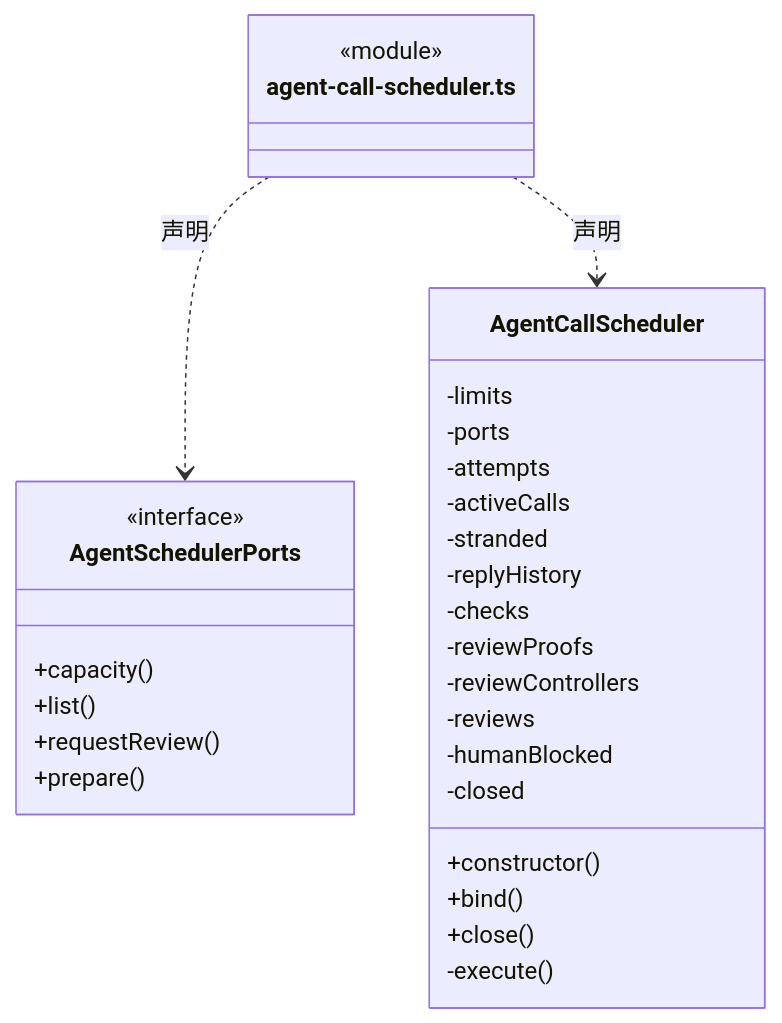
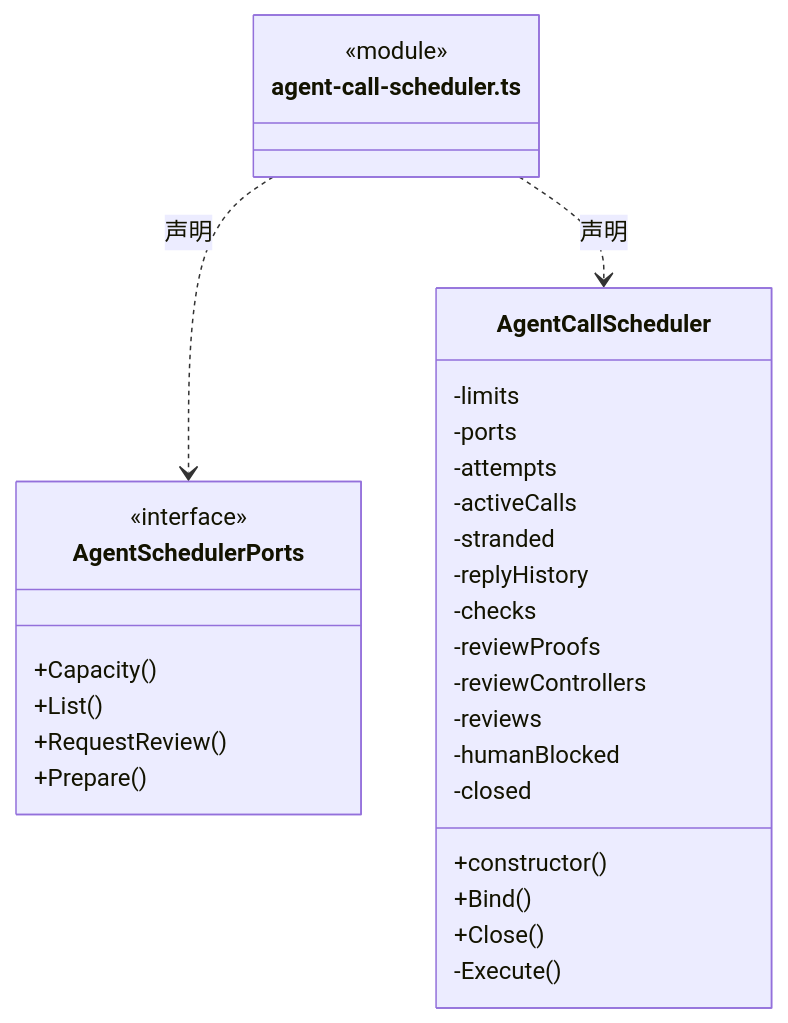
Before and after one commit to nan023062/cbim: the first of 9 diagrams in src/logic/execution/assembly/ARCHITECTURE.md, drawn with Mermaid. The commit also changed other lines of this file and 1035 other files, not shown here.

````diff
--- a/src/logic/execution/assembly/ARCHITECTURE.md
+++ b/src/logic/execution/assembly/ARCHITECTURE.md
@@ -29,33 +29,33 @@
 ```mermaid
 classDiagram
 class N_src_logic_execution_assembly_agent_call_scheduler_ts["agent-call-scheduler.ts"] {
   <<module>>
 }
 class N_src_logic_execution_assembly_agent_call_scheduler_ts_AgentSchedulerPorts["AgentSchedulerPorts"] {
   <<interface>>
-  +capacity()
-  +list()
-  +requestReview()
-  +prepare()
+  +Capacity()
+  +List()
+  +RequestReview()
+  +Prepare()
 }
 N_src_logic_execution_assembly_agent_call_scheduler_ts ..> N_src_logic_execution_assembly_agent_call_scheduler_ts_AgentSchedulerPorts : 声明
 class N_src_logic_execution_assembly_agent_call_scheduler_ts_AgentCallScheduler["AgentCallScheduler"] {
   +constructor()
-  +bind()
-  +close()
+  +Bind()
+  +Close()
   -limits
   -ports
   -attempts
   -activeCalls
   -stranded
   -replyHistory
   -checks
   -reviewProofs
   -reviewControllers
   -reviews
   -humanBlocked
   -closed
-  -execute()
+  -Execute()
 }
 N_src_logic_execution_assembly_agent_call_scheduler_ts ..> N_src_logic_execution_assembly_agent_call_scheduler_ts_AgentCallScheduler : 声明
 ```
````
